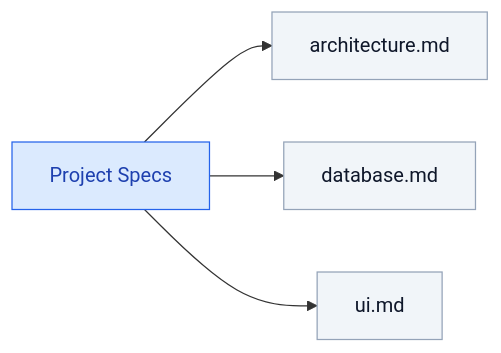
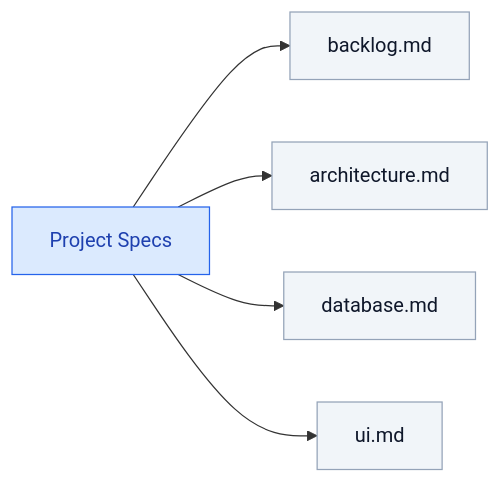
Before and after one commit to mtov/AgileSpec: the third of 8 diagrams in README.md, drawn with Mermaid. The commit also changed other lines of this file and 5 other files, not shown here.

````diff
--- a/README.md
+++ b/README.md
@@ -114,14 +118,15 @@
 ```mermaid
 flowchart LR
     P["Project Specs"]
 
+    P --> B["backlog.md"]
     P --> A["architecture.md"]
     P --> D["database.md"]
     P --> U["ui.md"]
 
     classDef root fill:#dbeafe,stroke:#2563eb,color:#1e40af
     classDef doc fill:#f1f5f9,stroke:#94a3b8,color:#0f172a
 
     class P root
     class B,A,D,U doc
 ```
````
